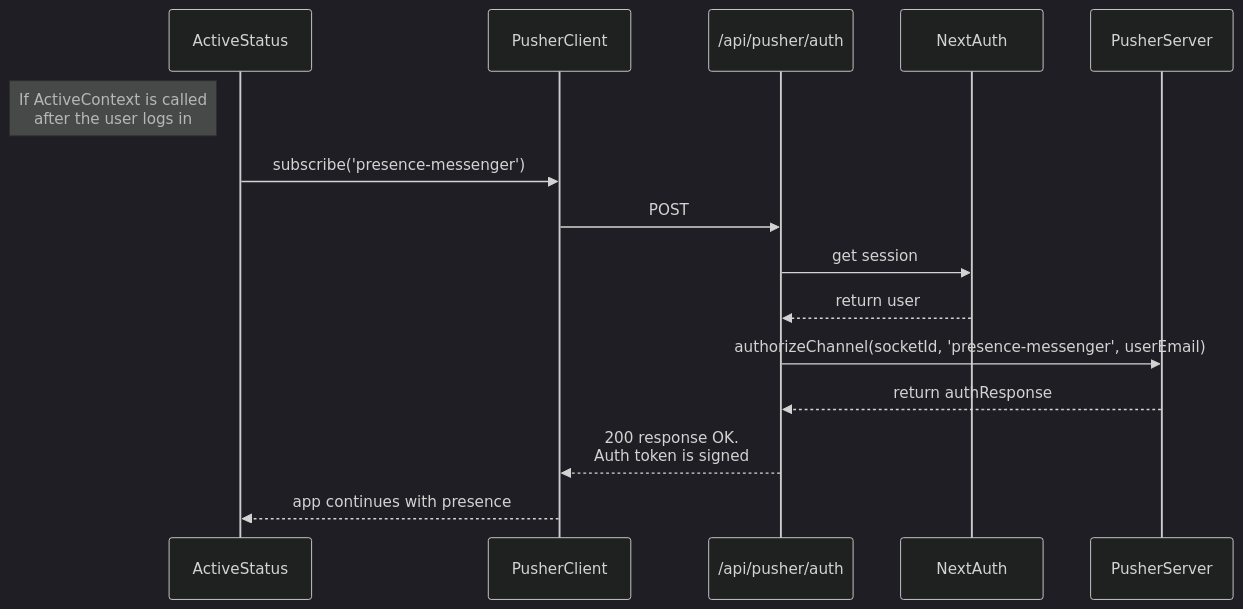
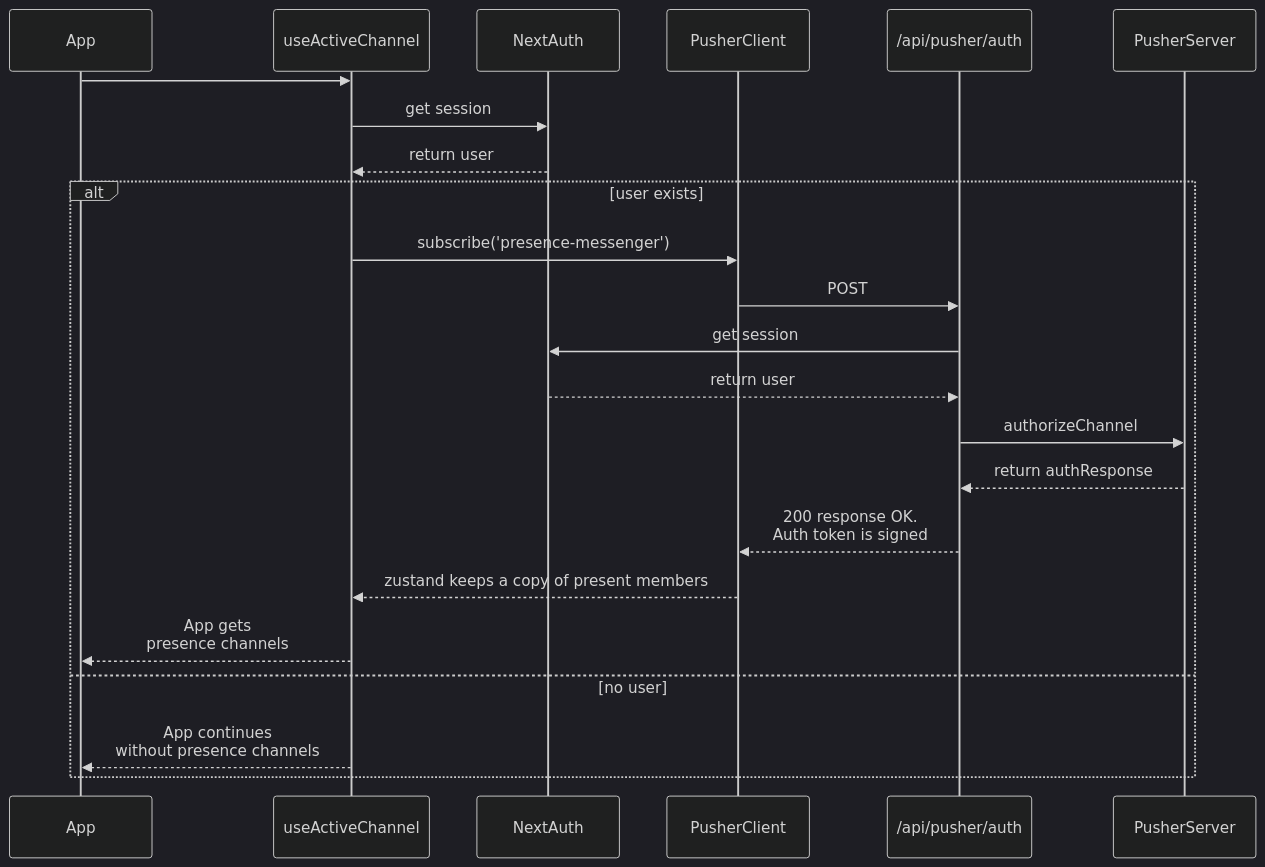
Before and after one commit to zhtgeneral/messenger_clone: the first of 2 diagrams in app/libs/pusher.md, drawn with Mermaid (dark theme). The commit also changed other lines of this file and 1 other file, not shown here.

Commit message:
update read me

````diff
--- a/app/libs/pusher.md
+++ b/app/libs/pusher.md
@@ -11,17 +11,25 @@
 ```mermaid
 sequenceDiagram
-    participant App as ActiveStatus
+participant App as App
+    participant Hook as useActiveChannel
+    participant NA as NextAuth
     participant PC as PusherClient
     participant api as /api/pusher/auth
-    participant NA as NextAuth
     participant PS as PusherServer
-    Note left of App: If ActiveContext is called <br/> after the user logs in
-    App->>PC: subscribe('presence-messenger')
-    PC->>api: POST
-    api->>NA: get session 
-    NA-->>api: return user
-    api->>PS: authorizeChannel(socketId, 'presence-messenger', userEmail)
-    PS-->>api: return authResponse
-    api-->>PC: 200 response OK. <br/> Auth token is signed
-    PC-->>App: app continues with presence
+    App->>Hook: 
+    Hook->>NA: get session 
+    NA-->>Hook: return user
+    alt user exists
+        Hook->>PC: subscribe('presence-messenger')
+        PC->>api: POST
+        api->>NA: get session 
+        NA-->>api: return user
+        api->>PS: authorizeChannel
+        PS-->>api: return authResponse
+        api-->>PC: 200 response OK. <br/> Auth token is signed
+        PC-->>Hook: zustand keeps a copy of present members
+        Hook-->>App: App gets <br/> presence channels
+    else no user
+        Hook-->>App: App continues <br/> without presence channels
+    end
 ```
````
